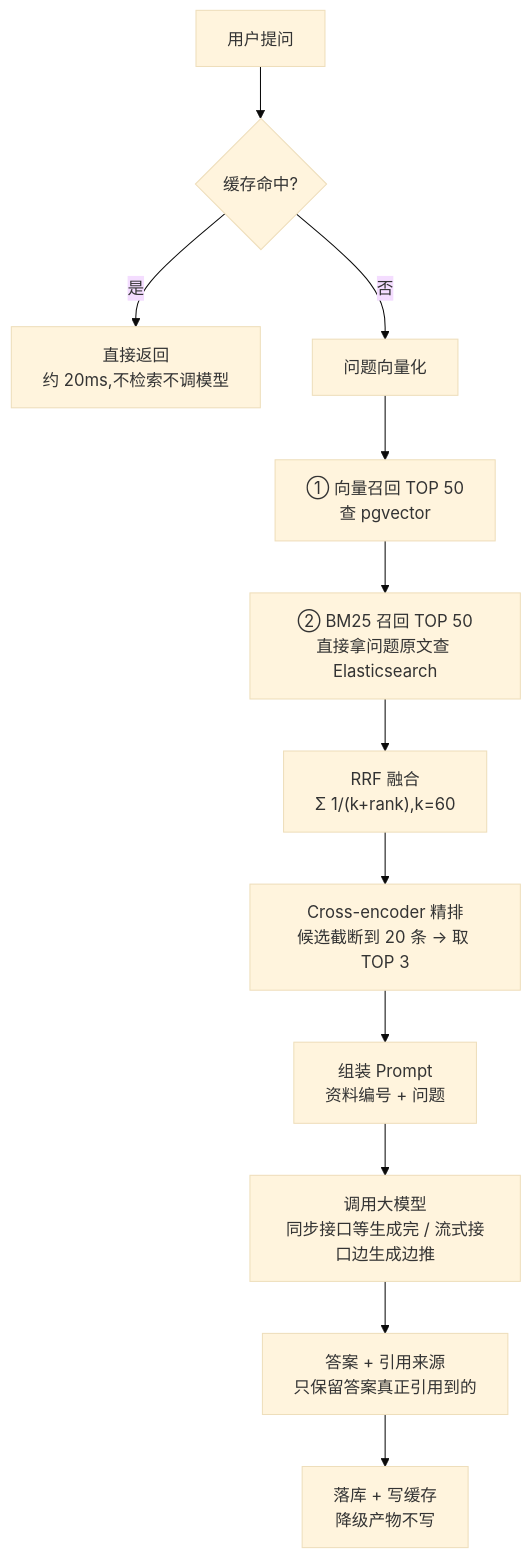
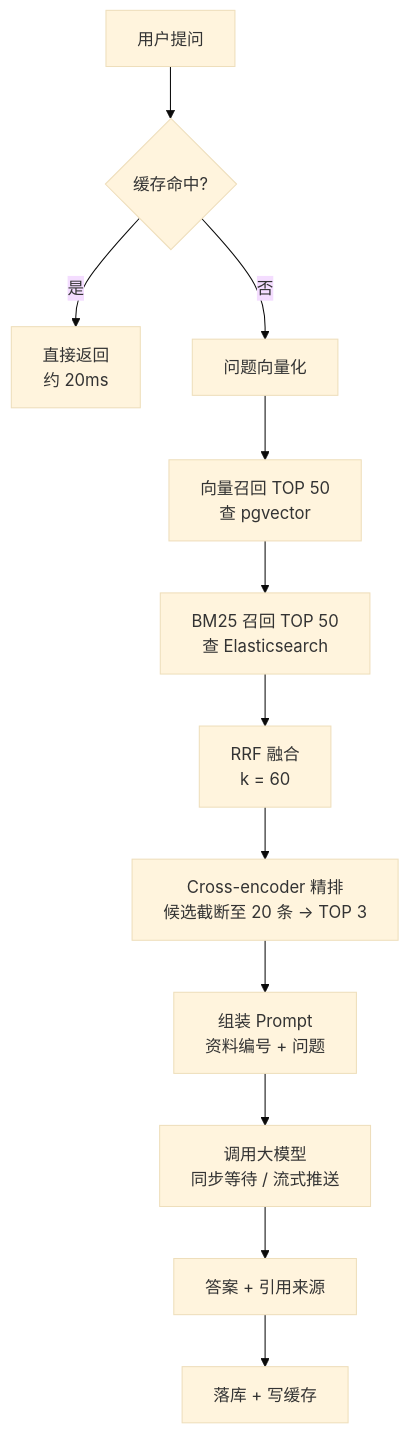
One commit to xunqian99/rag-knowledge-base changed the second of 2 diagrams in README.md. Above: the diagram before and after it, drawn with Mermaid (base theme). The commit also changed other lines of this file and 12 other files, not shown here.

````diff
--- a/README.md
+++ b/README.md
@@ -76,15 +108,15 @@
 ```mermaid
 flowchart TB
     Q["用户提问"] --> C{"缓存命中?"}
-    C -->|是| FAST["直接返回<br/>约 20ms,不检索不调模型"]
+    C -->|是| FAST["直接返回<br/>约 20ms"]
     C -->|否| EMB["问题向量化"]
 
-    EMB --> V["① 向量召回 TOP 50<br/>查 pgvector"]
-    V --> B["② BM25 召回 TOP 50<br/>直接拿问题原文查 Elasticsearch"]
-    B --> F["RRF 融合<br/>Σ 1/(k+rank),k=60"]
-    F --> R["Cross-encoder 精排<br/>候选截断到 20 条 → 取 TOP 3"]
+    EMB --> V["向量召回 TOP 50<br/>查 pgvector"]
+    V --> B["BM25 召回 TOP 50<br/>查 Elasticsearch"]
+    B --> F["RRF 融合<br/>k = 60"]
+    F --> R["Cross-encoder 精排<br/>候选截断至 20 条 → TOP 3"]
     R --> P["组装 Prompt<br/>资料编号 + 问题"]
-    P --> L["调用大模型<br/>同步接口等生成完 / 流式接口边生成边推"]
-    L --> OUT["答案 + 引用来源<br/>只保留答案真正引用到的"]
-    OUT --> SAVE["落库 + 写缓存<br/>降级产物不写"]
+    P --> L["调用大模型<br/>同步等待 / 流式推送"]
+    L --> OUT["答案 + 引用来源"]
+    OUT --> SAVE["落库 + 写缓存"]
 ```
````
